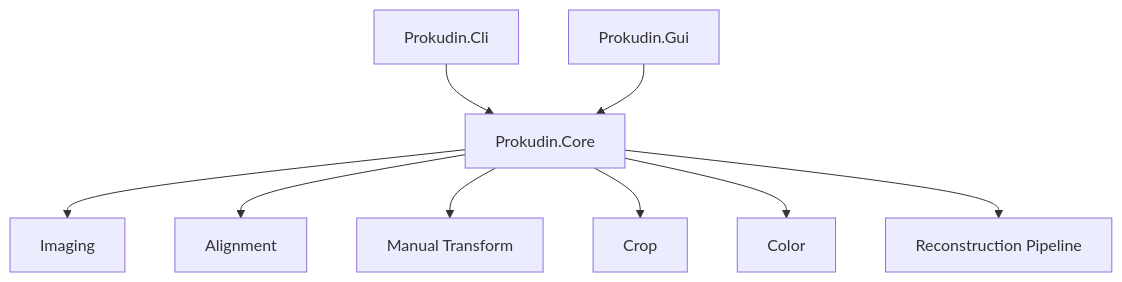
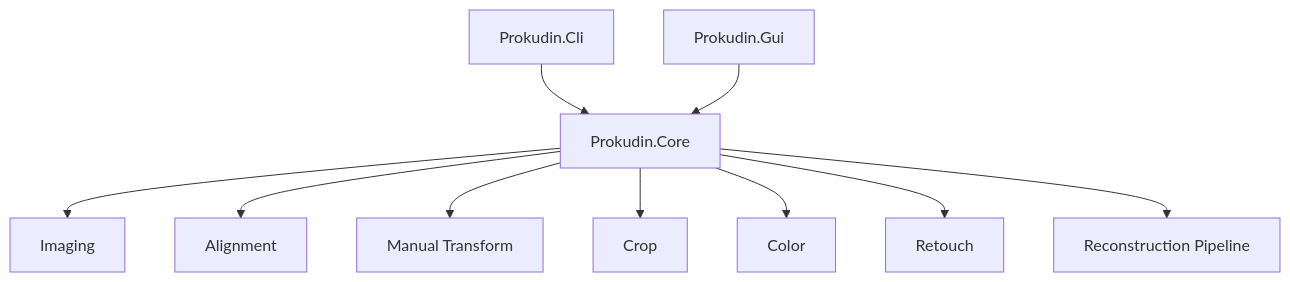
Before and after one commit to antsht/-Prokudin: the first of 2 diagrams in docs/architecture.md, drawn with Mermaid. The commit also changed other lines of this file and 14 other files, not shown here.

````diff
--- a/docs/architecture.md
+++ b/docs/architecture.md
@@ -7,11 +7,12 @@
 ```mermaid
 flowchart TB
   Cli[Prokudin.Cli] --> Core[Prokudin.Core]
   Gui[Prokudin.Gui] --> Core
   Core --> Imaging[Imaging]
   Core --> Alignment[Alignment]
   Core --> Transform[Manual Transform]
   Core --> Crop[Crop]
   Core --> Color[Color]
+  Core --> Retouch[Retouch]
   Core --> Pipeline[Reconstruction Pipeline]
 ```
````
